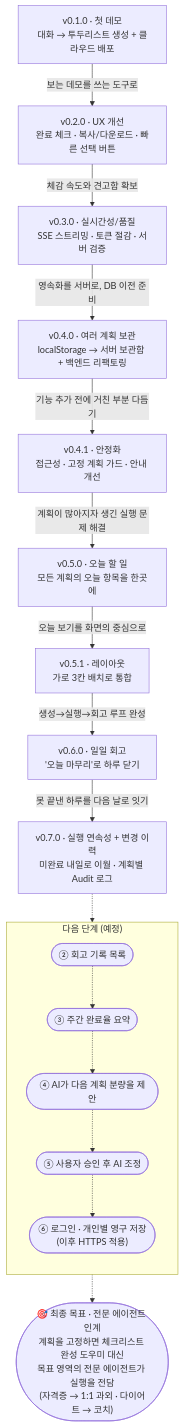
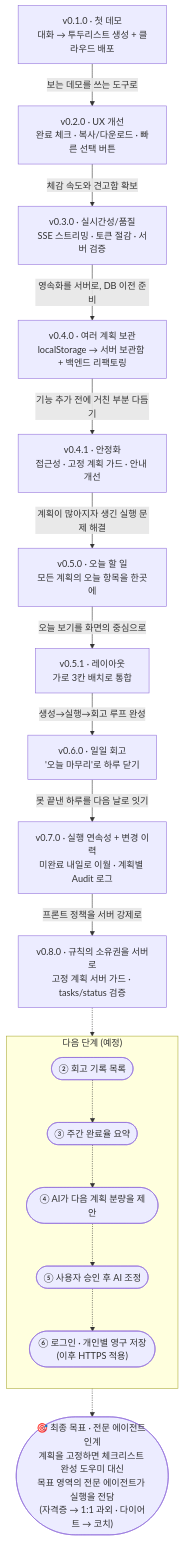
One commit to hello-pebble/DelayNoMore_Release changed the diagram in docs/EVOLUTION.md. Above: the diagram before and after it, drawn with Mermaid. The commit also changed other lines of this file and 4 other files, not shown here.

````diff
--- a/docs/EVOLUTION.md
+++ b/docs/EVOLUTION.md
@@ -6,35 +6,37 @@
 ```mermaid
 graph TD
     V01["v0.1.0 · 첫 데모<br/>대화 → 투두리스트 생성 + 클라우드 배포"]
     V02["v0.2.0 · UX 개선<br/>완료 체크 · 복사/다운로드 · 빠른 선택 버튼"]
     V03["v0.3.0 · 실시간성/품질<br/>SSE 스트리밍 · 토큰 절감 · 서버 검증"]
     V04["v0.4.0 · 여러 계획 보관<br/>localStorage → 서버 보관함 + 백엔드 리팩토링"]
     V041["v0.4.1 · 안정화<br/>접근성 · 고정 계획 가드 · 안내 개선"]
     V05["v0.5.0 · 오늘 할 일<br/>모든 계획의 오늘 항목을 한곳에"]
     V051["v0.5.1 · 레이아웃<br/>가로 3칸 배치로 통합"]
     V06["v0.6.0 · 일일 회고<br/>'오늘 마무리'로 하루 닫기"]
     V07["v0.7.0 · 실행 연속성 + 변경 이력<br/>미완료 내일로 이월 · 계획별 Audit 로그"]
+    V08["v0.8.0 · 규칙의 소유권을 서버로<br/>고정 계획 서버 가드 · tasks/status 검증"]
 
     V01 -->|"보는 데모를 쓰는 도구로"| V02
     V02 -->|"체감 속도와 견고함 확보"| V03
     V03 -->|"영속화를 서버로, DB 이전 준비"| V04
     V04 -->|"기능 추가 전에 거친 부분 다듬기"| V041
     V041 -->|"계획이 많아지자 생긴 실행 문제 해결"| V05
     V05 -->|"오늘 보기를 화면의 중심으로"| V051
     V051 -->|"생성→실행→회고 루프 완성"| V06
     V06 -->|"못 끝낸 하루를 다음 날로 잇기"| V07
+    V07 -->|"프론트 정책을 서버 강제로"| V08
 
     subgraph NEXT["다음 단계 (예정)"]
         direction TB
         N2(["② 회고 기록 목록"])
         N3(["③ 주간 완료율 요약"])
         N4(["④ AI가 다음 계획 분량을 제안"])
         N5(["⑤ 사용자 승인 후 AI 조정"])
         N6(["⑥ 로그인 · 개인별 영구 저장<br/>(이후 HTTPS 적용)"])
         N2 -.-> N3 -.-> N4 -.-> N5 -.-> N6
     end
 
     FINAL(["🎯 최종 목표 · 전문 에이전트 인계<br/>계획을 고정하면 체크리스트 완성 도우미 대신<br/>목표 영역의 전문 에이전트가 실행을 전담<br/>(자격증 → 1:1 과외 · 다이어트 → 코치)"])
 
-    V07 -.-> NEXT -.-> FINAL
+    V08 -.-> NEXT -.-> FINAL
 ```
````
